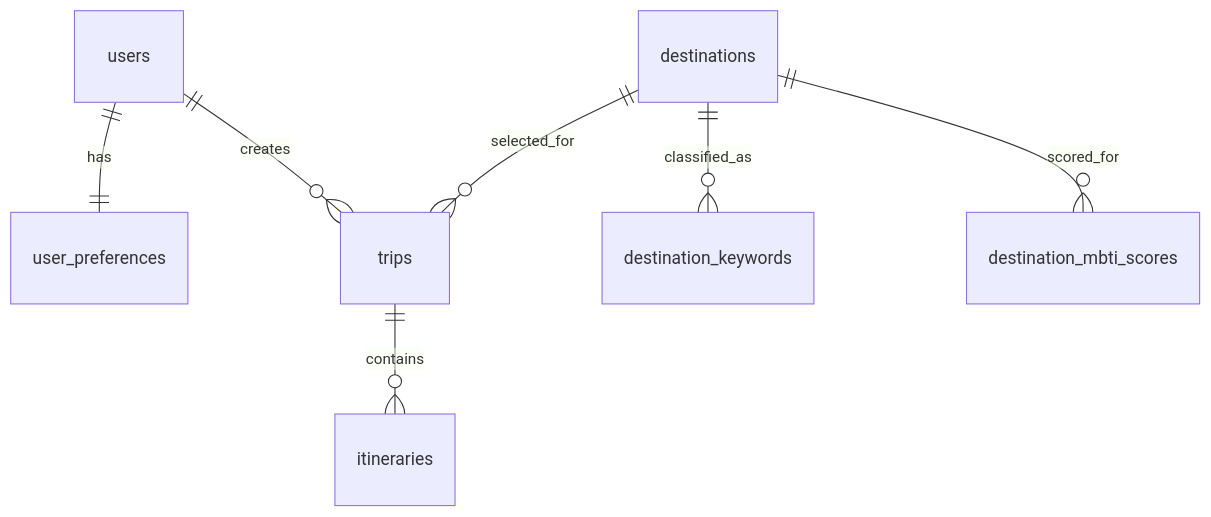
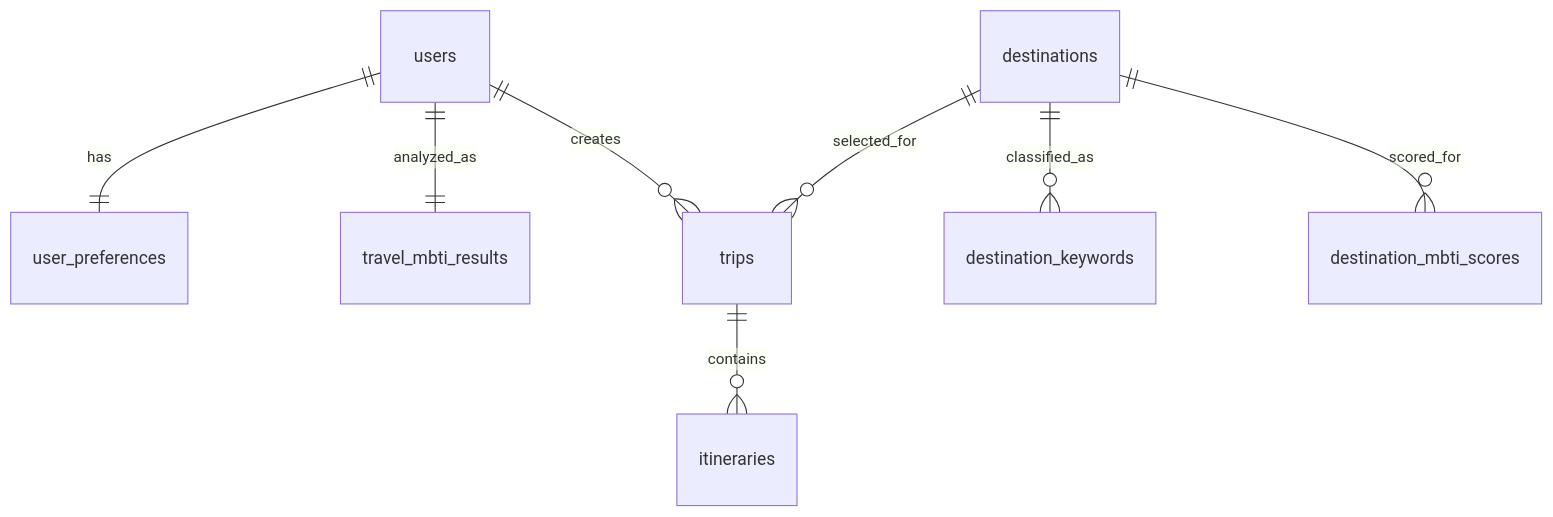
One commit to prgrms-aibe-devcourse/AIBE7-Project1-Team02 changed the diagram in docs/architecture/DB_SCHEMA.md. Above: the diagram before and after it, drawn with Mermaid. The commit also changed other lines of this file and 13 other files, not shown here.

````diff
--- a/docs/architecture/DB_SCHEMA.md
+++ b/docs/architecture/DB_SCHEMA.md
@@ -178,9 +201,10 @@
 ```mermaid
 erDiagram
     users ||--|| user_preferences : has
+    users ||--|| travel_mbti_results : analyzed_as
     users ||--o{ trips : creates
     destinations ||--o{ trips : selected_for
     destinations ||--o{ destination_keywords : classified_as
     destinations ||--o{ destination_mbti_scores : scored_for
     trips ||--o{ itineraries : contains
 ```
````
